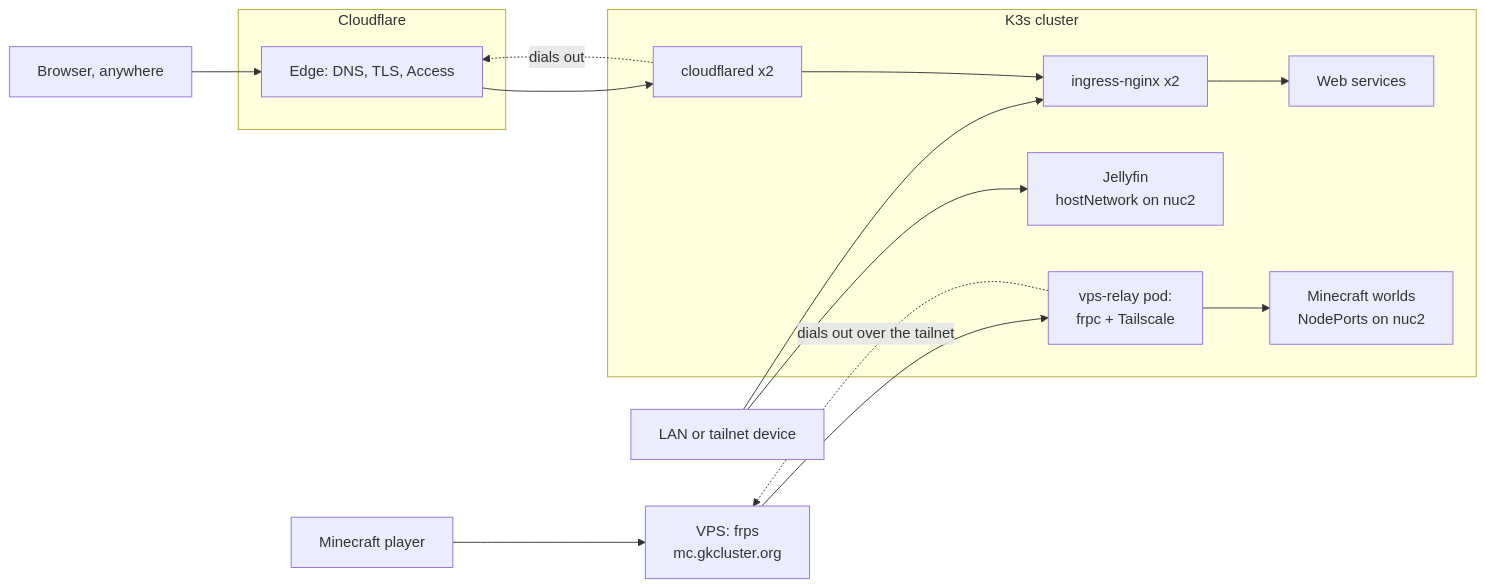
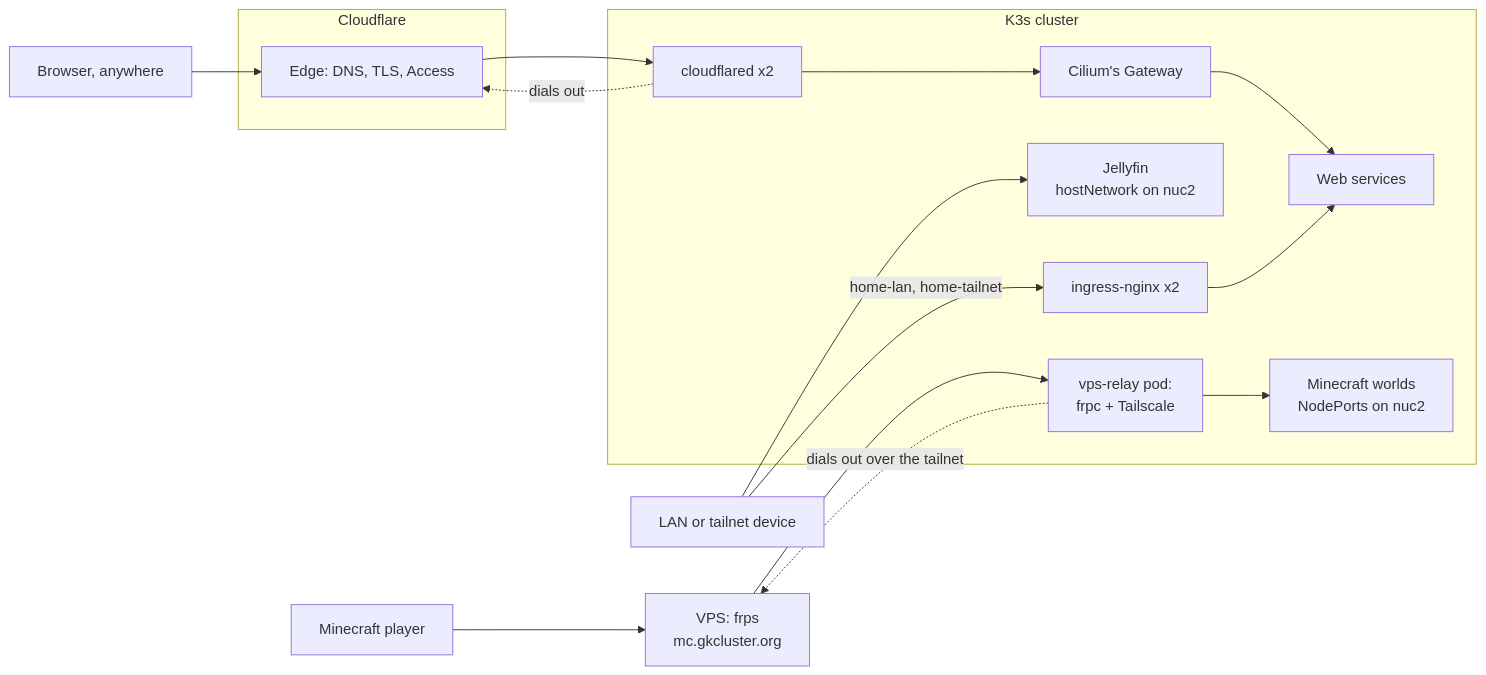
The first of 5 diagrams in docs/explanations/architecture/networking.md (gilesknap/tpi-k3s-ansible), drawn with Mermaid before and after one commit. The commit also changed other lines of this file and 19 other files, not shown here.

First line of the commit message:
Point every Cloudflare tunnel route at Cilium's Gateway

````diff
--- a/docs/explanations/architecture/networking.md
+++ b/docs/explanations/architecture/networking.md
@@ -92,30 +92,31 @@
 ```mermaid
 flowchart LR
     browser["Browser, anywhere"]
     player["Minecraft player"]
     lan["LAN or tailnet device"]
 
     subgraph cf["Cloudflare"]
         cfedge["Edge: DNS, TLS, Access"]
     end
 
     vps["VPS: frps<br/>mc.gkcluster.org"]
 
     subgraph cluster["K3s cluster"]
         cfd["cloudflared x2"]
+        gw["Cilium's Gateway"]
         nginx["ingress-nginx x2"]
         relay["vps-relay pod:<br/>frpc + Tailscale"]
         apps["Web services"]
         mc["Minecraft worlds<br/>NodePorts on nuc2"]
         jf["Jellyfin<br/>hostNetwork on nuc2"]
     end
 
     browser --> cfedge
     cfd -. "dials out" .-> cfedge
-    cfedge --> cfd --> nginx --> apps
+    cfedge --> cfd --> gw --> apps
     player --> vps
     relay -. "dials out over the tailnet" .-> vps
     vps --> relay --> mc
     lan --> jf
-    lan --> nginx
+    lan -- "home-lan, home-tailnet" --> nginx --> apps
 ```
````
